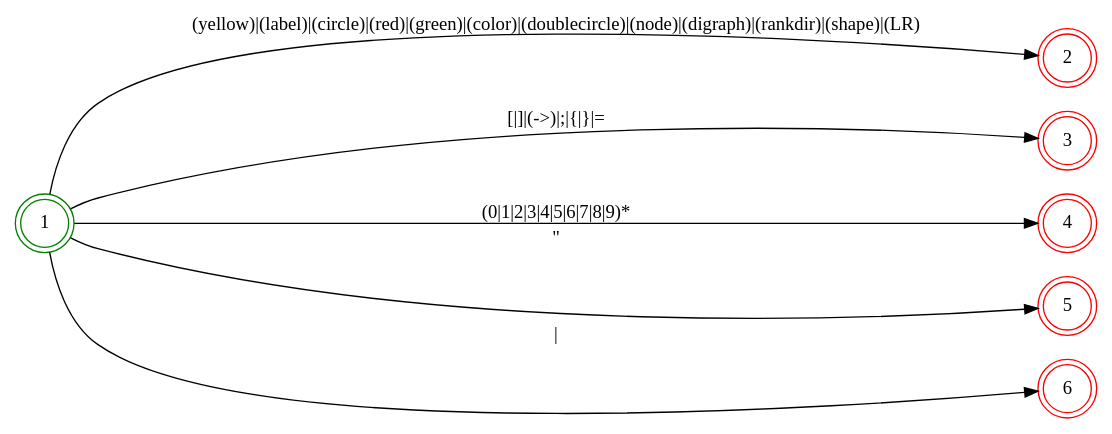
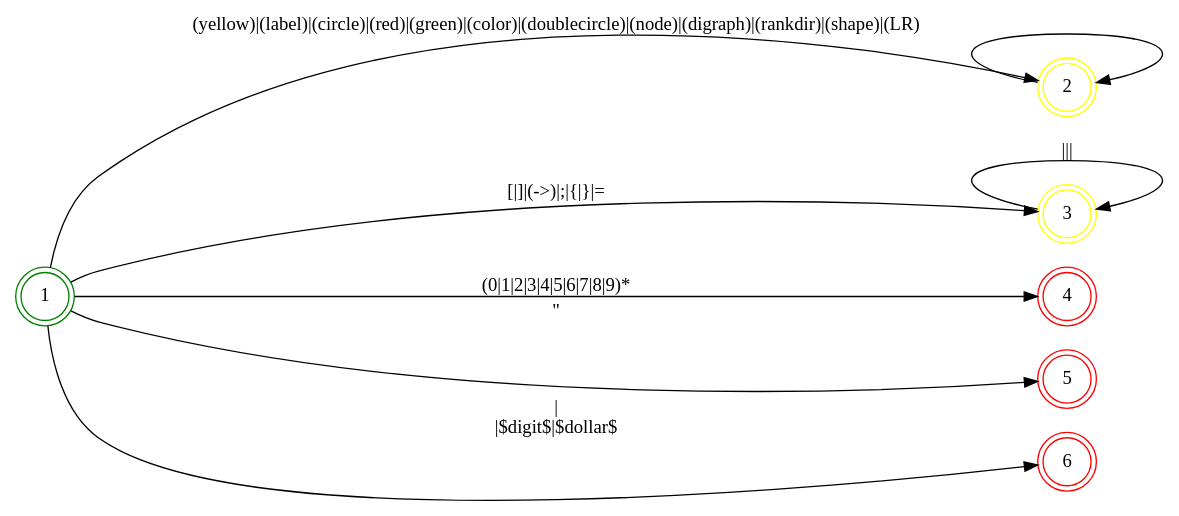
The diagram in scripts/lua/dot/NDF copy.dot (v012345/lua5.4.4), drawn with Graphviz before and after one commit. The commit also changed 1 other file, not shown here.

```diff
--- a/scripts/lua/dot/NDF copy.dot
+++ b/scripts/lua/dot/NDF copy.dot
@@ -1,16 +1,18 @@
 digraph NDF {
     rankdir = LR;
     node [shape = doublecircle;];
     1 [color = green;];
-    2 [color = red;];
-    3 [color = red;];
+    2 [color = yellow;];
+    3 [color = yellow;];
     4 [color = red;];
     5 [color = red;];
     6 [color = red;];
     node [shape = circle;];
     1 -> 2 [label = "(yellow)|(label)|(circle)|(red)|(green)|(color)|(doublecircle)|(node)|(digraph)|(rankdir)|(shape)|(LR)";];
     1 -> 3 [label = "[|]|(->)|;|{|}|=";];
     1 -> 4 [label = "(0|1|2|3|4|5|6|7|8|9)*";];
     1 -> 5 [label = "\"";];
-    1 -> 6 [label = " |\n";];
+    1 -> 6 [label = " |\n|$digit$|$dollar$";];
+    2 -> 2 [label = "";];
+    3 -> 3 [label = "|||";];
 }
```
